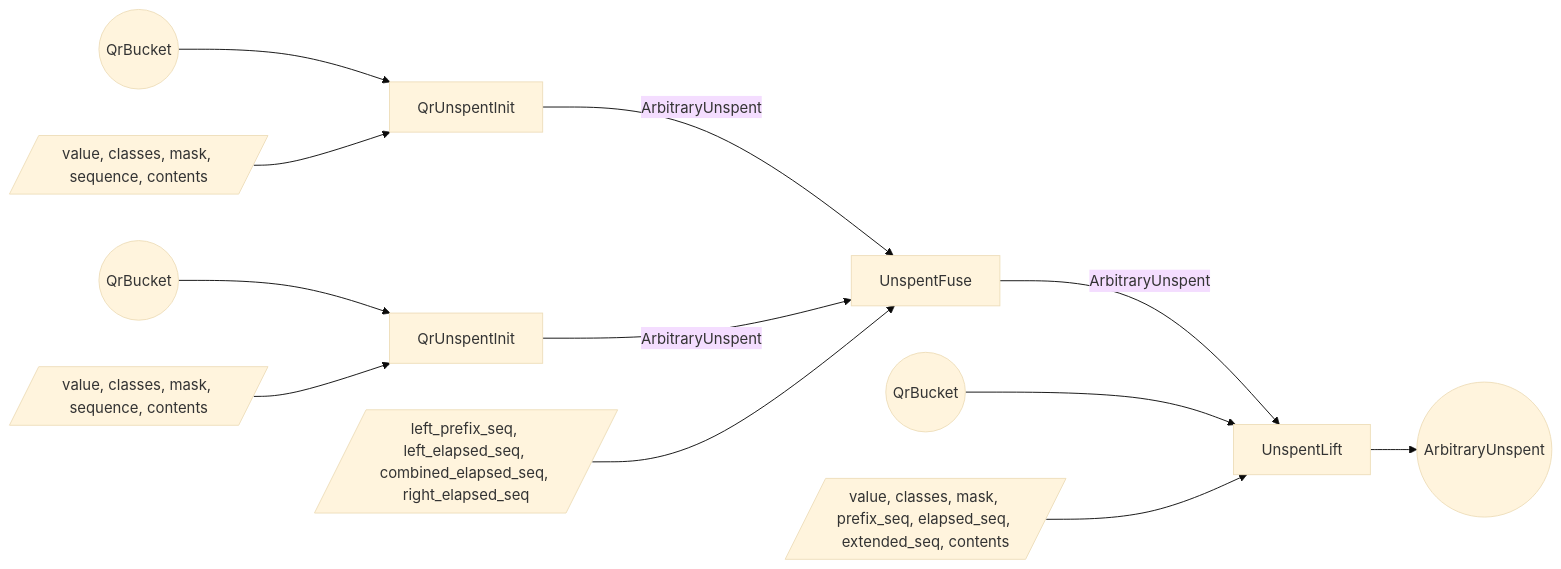
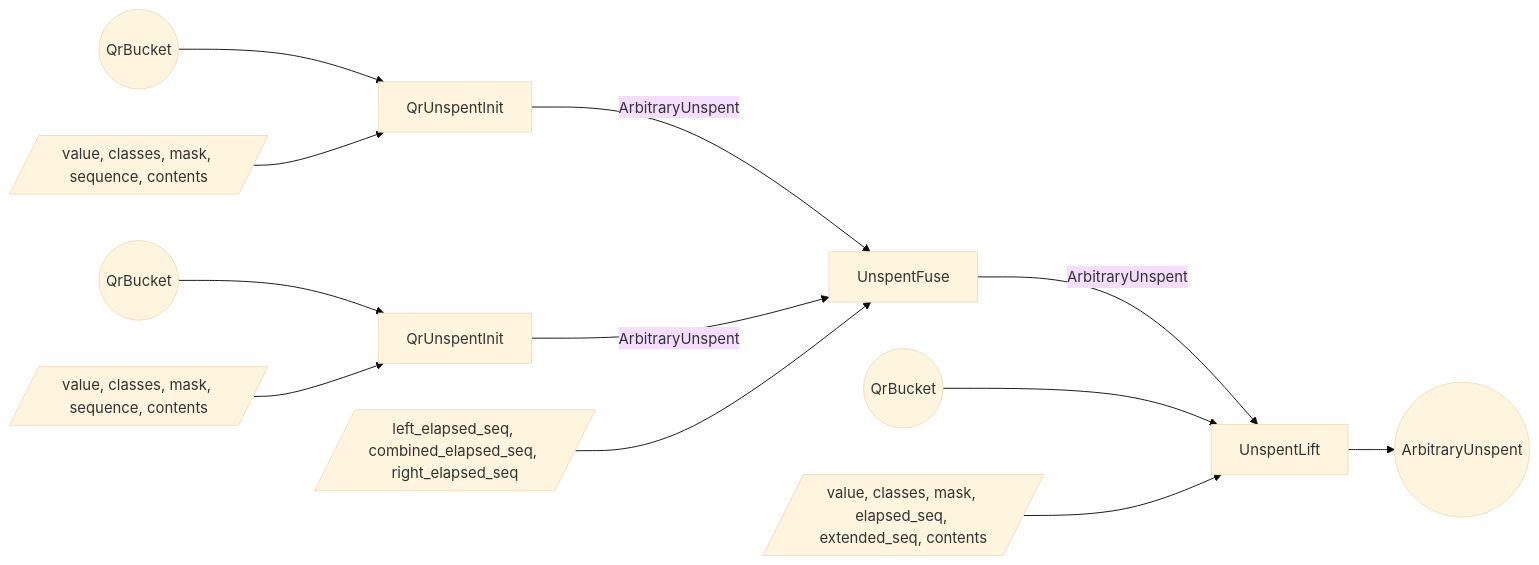
Before and after one commit to tachyon-zcash/tachyon: the third of 3 diagrams in book/src/proof-tree.md, drawn with Mermaid (base theme). The commit also changed other lines of this file and 5 other files, not shown here.

````diff
--- a/book/src/proof-tree.md
+++ b/book/src/proof-tree.md
@@ -528,27 +511,27 @@
 ```mermaid
 flowchart LR
   bucket_e((QrBucket))
   w_init[/value, classes, mask, sequence, contents/]
   s_init[QrUnspentInit]
   bucket_next((QrBucket))
   w_next[/value, classes, mask, sequence, contents/]
   s_next[QrUnspentInit]
-  w_ufuse[/left_prefix_seq, left_elapsed_seq, combined_elapsed_seq, right_elapsed_seq/]
+  w_ufuse[/left_elapsed_seq, combined_elapsed_seq, right_elapsed_seq/]
   s_ufuse[UnspentFuse]
   bucket_after((QrBucket))
-  w_ulift[/value, classes, mask, prefix_seq, elapsed_seq, extended_seq, contents/]
+  w_ulift[/value, classes, mask, elapsed_seq, extended_seq, contents/]
   s_ulift[UnspentLift]
   unspent_out((ArbitraryUnspent))
 
   bucket_e --> s_init
   w_init --> s_init
   bucket_next --> s_next
   w_next --> s_next
   s_init -->|ArbitraryUnspent| s_ufuse
   s_next -->|ArbitraryUnspent| s_ufuse
   w_ufuse --> s_ufuse
   s_ufuse -->|ArbitraryUnspent| s_ulift
   bucket_after --> s_ulift
   w_ulift --> s_ulift
   s_ulift --> unspent_out
 ```
````
